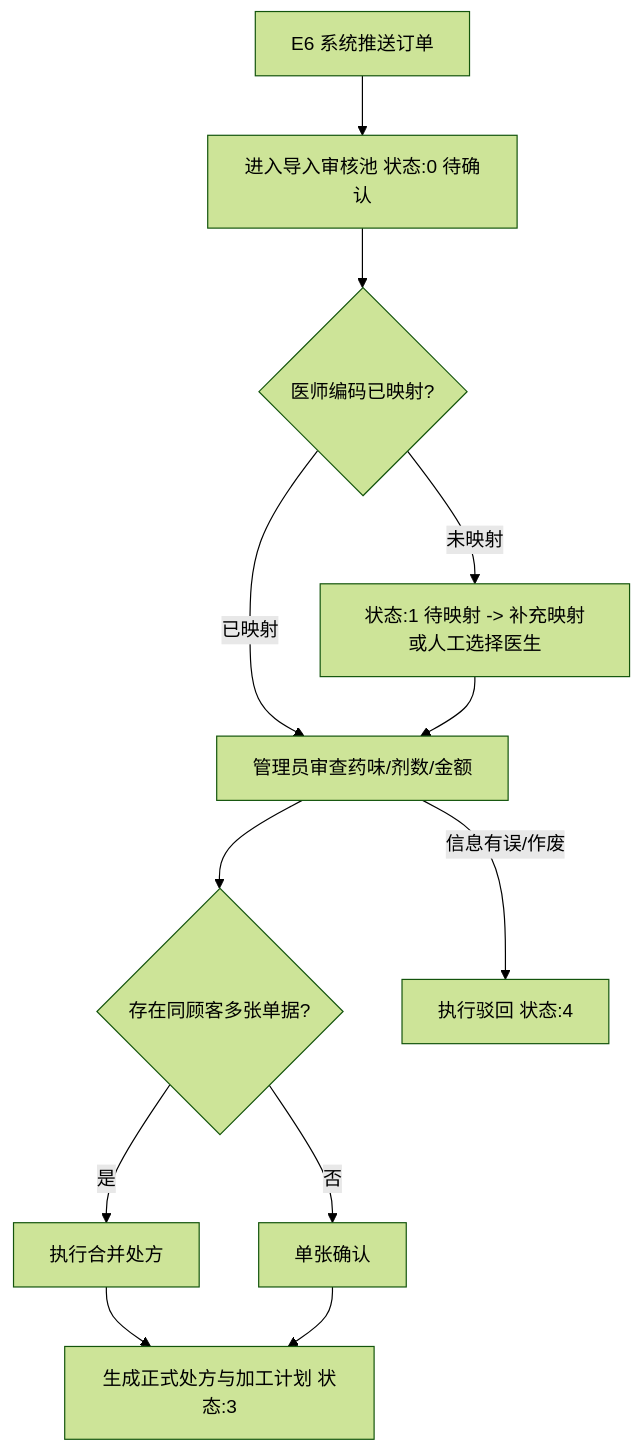
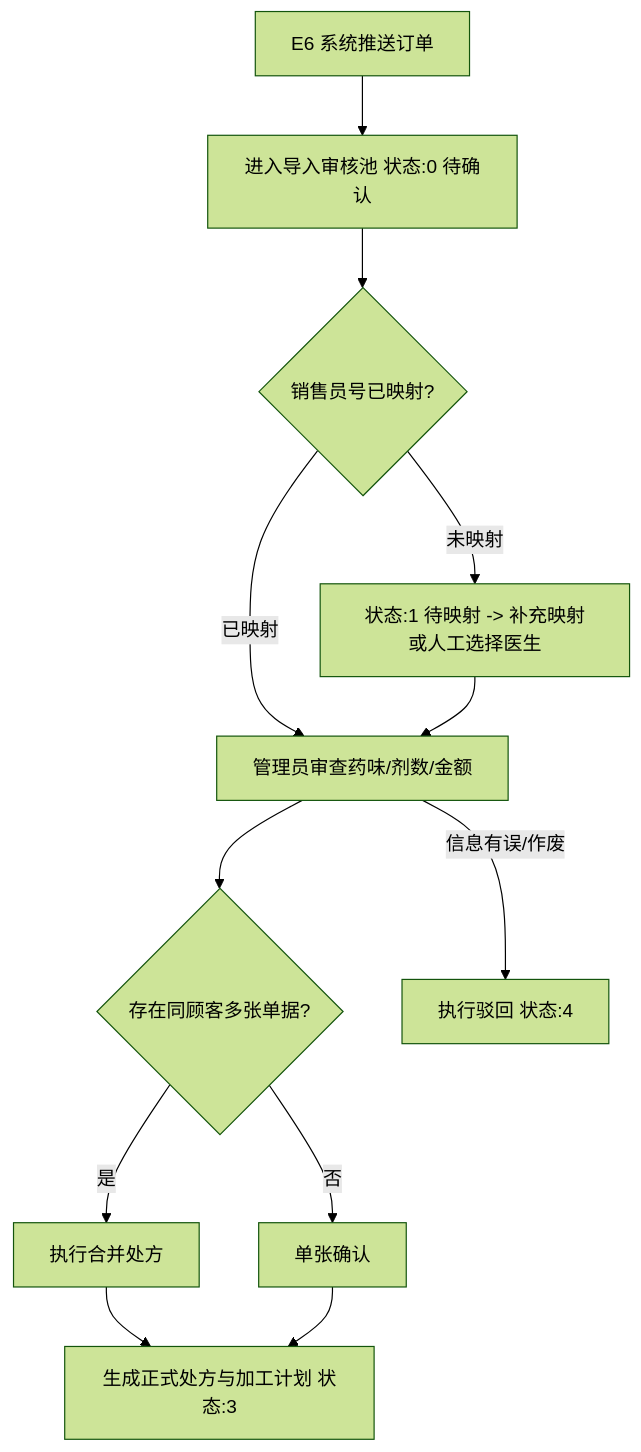
The third of 4 diagrams in docs/使用说明.md (librarycloud/tcm-prescription-processing), drawn with Mermaid (forest theme) before and after one commit. The commit also changed other lines of this file and 6 other files, not shown here.

````diff
--- a/docs/使用说明.md
+++ b/docs/使用说明.md
@@ -137,14 +137,14 @@
 ```mermaid
 flowchart TD
     E1[E6 系统推送订单] --> E2[进入导入审核池 状态:0 待确认]
-    E2 --> E3{医师编码已映射?}
+    E2 --> E3{销售员号已映射?}
     E3 -->|未映射| E4[状态:1 待映射 -> 补充映射或人工选择医生]
     E3 -->|已映射| E5[管理员审查药味/剂数/金额]
     E4 --> E5
     E5 --> E6{存在同顾客多张单据?}
     E6 -->|是| E7[执行合并处方]
     E6 -->|否| E8[单张确认]
     E7 --> E9[生成正式处方与加工计划 状态:3]
     E8 --> E9
     E5 -->|信息有误/作废| E10[执行驳回 状态:4]
 ```
````
